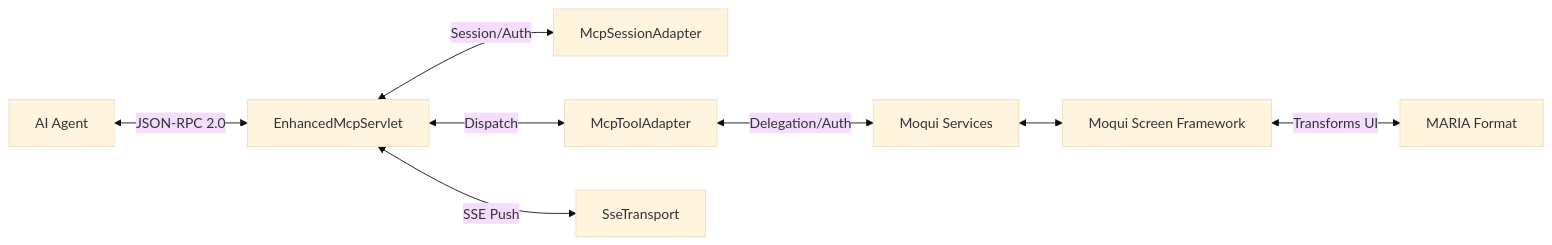
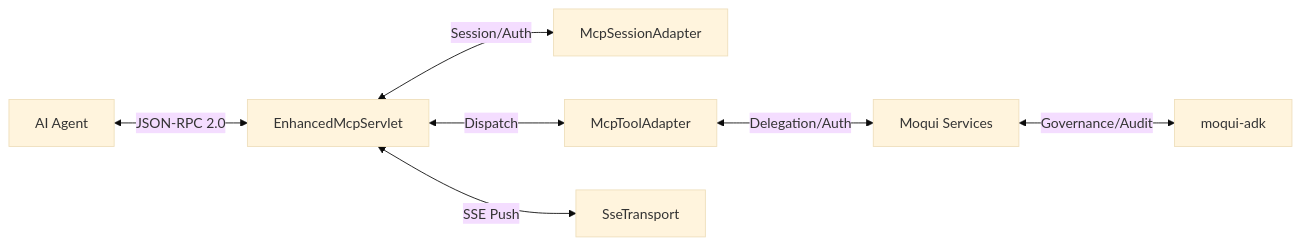
One commit to growerp/growerp changed the diagram in moqui-mcp/MCP_SERVER_DOCUMENTATION.md. Above: the diagram before and after it, drawn with Mermaid (base theme). The commit also changed other lines of this file and 39 other files, not shown here.

````diff
--- a/moqui-mcp/MCP_SERVER_DOCUMENTATION.md
+++ b/moqui-mcp/MCP_SERVER_DOCUMENTATION.md
@@ -13,10 +15,9 @@
 ```mermaid
 flowchart LR
     Agent[AI Agent] <-->|JSON-RPC 2.0| Servlet[EnhancedMcpServlet]
     Servlet <-->|Session/Auth| SessionAdapter[McpSessionAdapter]
     Servlet <-->|Dispatch| ToolAdapter[McpToolAdapter]
     Servlet <-->|SSE Push| SseTransport[SseTransport]
     ToolAdapter <-->|Delegation/Auth| Services[Moqui Services]
-    Services <--> ScreenEngine[Moqui Screen Framework]
-    ScreenEngine <-->|Transforms UI| MARIA[MARIA Format]
+    Services <-->|Governance/Audit| Adk[moqui-adk]
 ```
````
